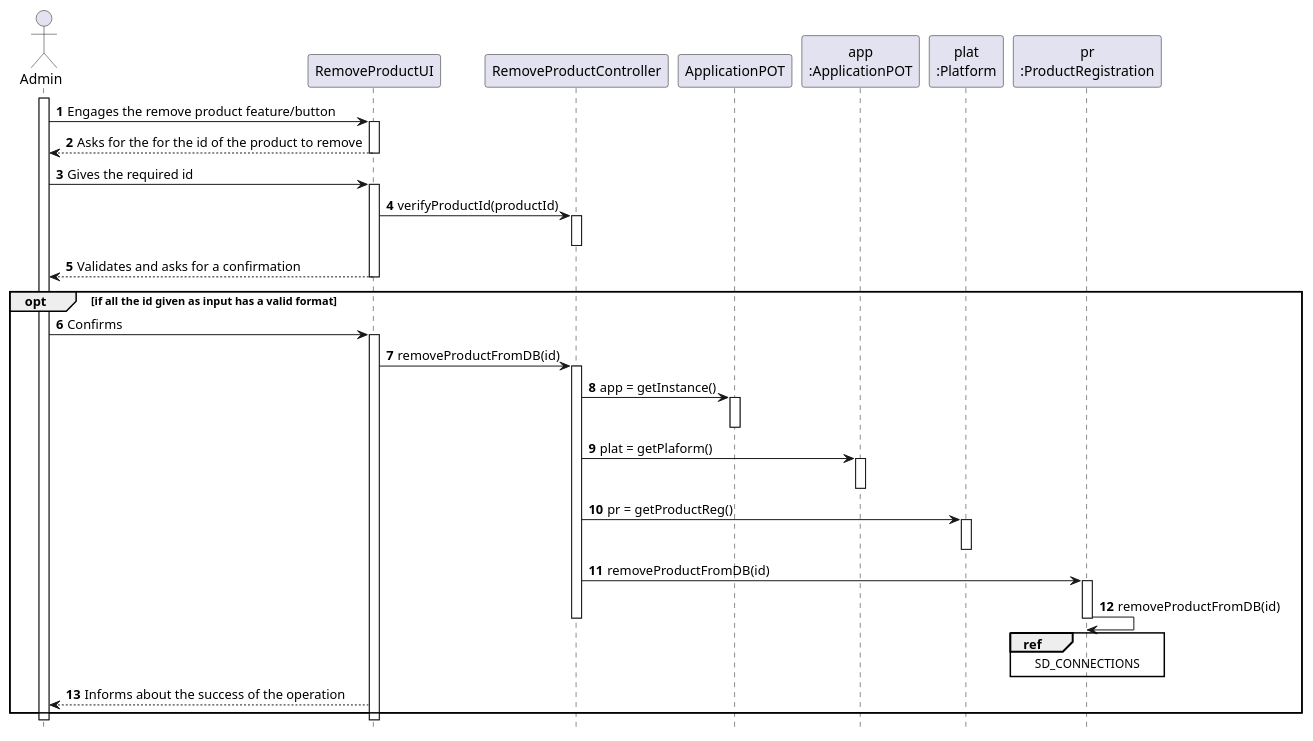
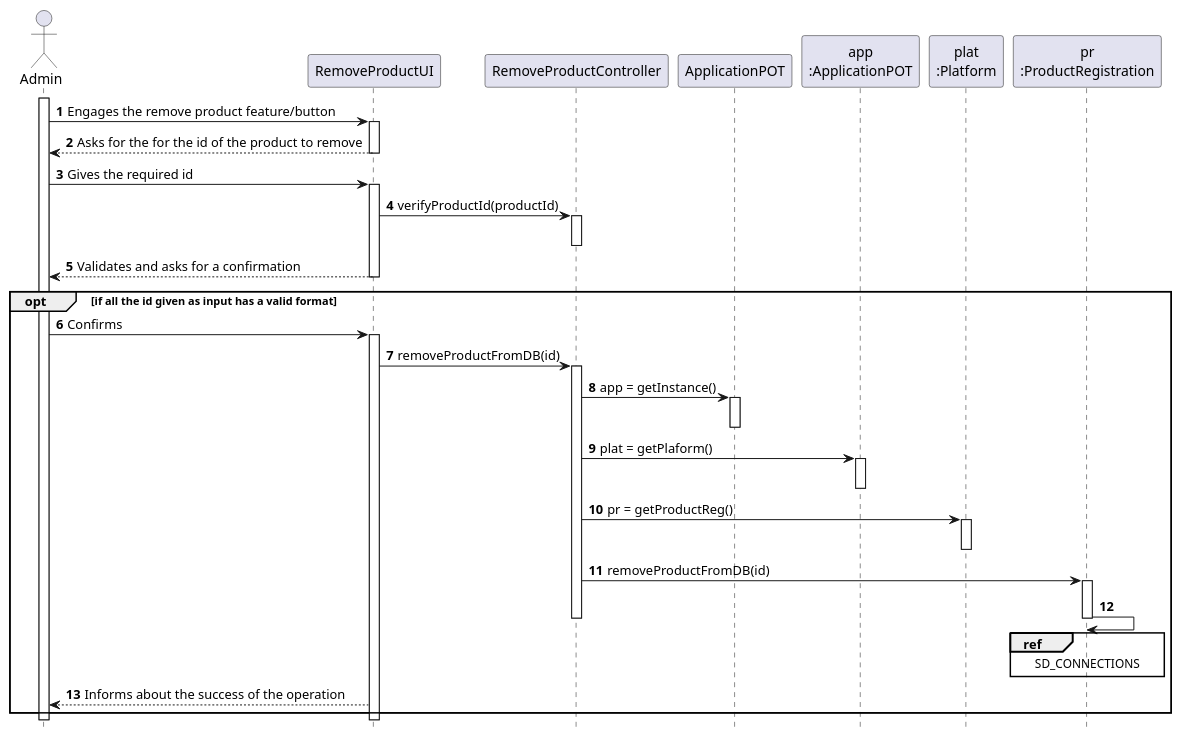
The diagram in docs/Iteration 1/Product Management/US72_RemoveProduct/US72_SD.puml (tiagoavcosta25/LAPR3), drawn with PlantUML before and after one commit. The commit also changed 10 other files, not shown here.

```diff
--- a/docs/Iteration 1/Product Management/US72_RemoveProduct/US72_SD.puml
+++ b/docs/Iteration 1/Product Management/US72_RemoveProduct/US72_SD.puml
@@ -1,78 +1,78 @@
 @startuml
 autonumber
 hide footbox
 
 actor "Admin" as U
 
 participant "RemoveProductUI" as UI
 participant "RemoveProductController" as CTRL
 participant "ApplicationPOT" as _APP
 participant "app\n:ApplicationPOT" as APP
 participant "plat\n:Platform" as PLAT
 participant "pr\n:ProductRegistration" as PREG
 
 
 
 activate U
 
 U -> UI : Engages the remove product feature/button
 activate UI
 
 UI --> U : Asks for the for the id of the product to remove
 
 
 deactivate UI
 U -> UI : Gives the required id
 activate UI
 
 
 UI -> CTRL : verifyProductId(productId)
 activate CTRL
 deactivate CTRL
 
 UI --> U : Validates and asks for a confirmation
 deactivate UI
 
 opt if all the id given as input has a valid format
 
 
 U -> UI : Confirms
 activate UI
 UI -> CTRL : removeProductFromDB(id)
 activate CTRL
 CTRL -> _APP: app = getInstance()
 activate _APP
 deactivate _APP
 
 CTRL -> APP: plat = getPlaform()
 activate APP
 deactivate APP
 CTRL -> PLAT : pr = getProductReg()
 activate PLAT
 deactivate PLAT
 
 CTRL -> PREG : removeProductFromDB(id)
 activate PREG
 
 
-PREG -> PREG : removeProductFromDB(id)
+PREG -> PREG
 ref over PREG
 SD_CONNECTIONS
 end ref
 
 
 
 
 
 deactivate PREG
 
 
 
 deactivate CTRL
 UI --> U : Informs about the success of the operation
 end opt
 deactivate UI
 deactivate U
 
 
 @enduml
```
